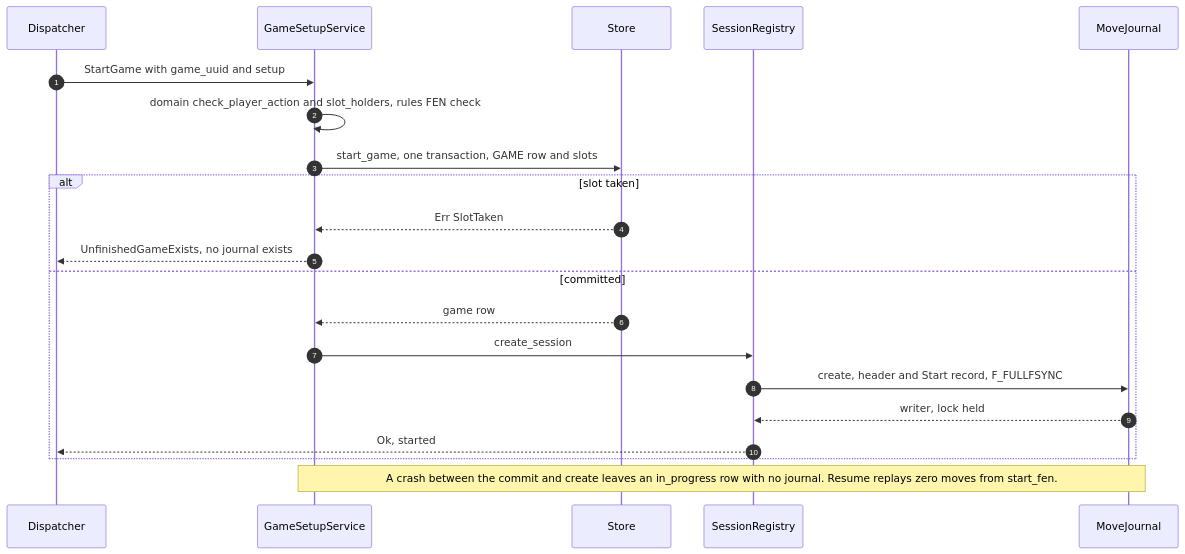
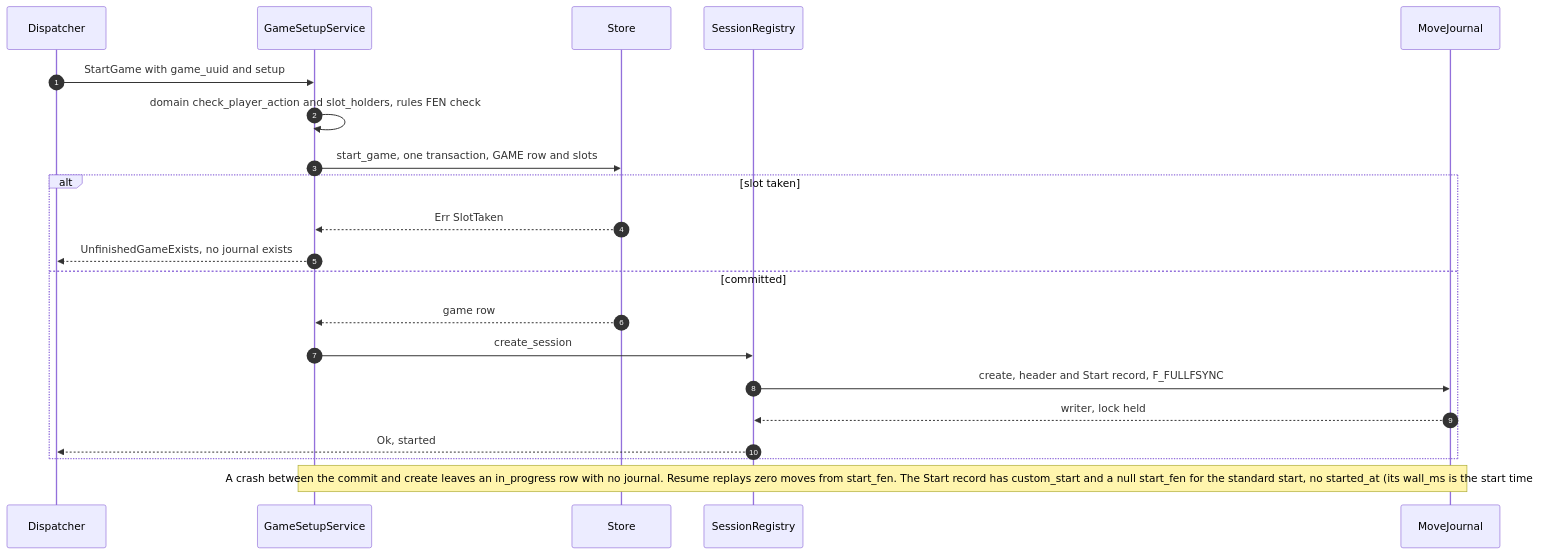
Before and after one commit to bprascher/chess: diagram 11 of 15 in docs/design/SDD-chess-app.md, drawn with Mermaid. The commit also changed other lines of this file and 9 other files, not shown here.

First line of the commit message:
Apply architecture Amendment 8 and addenda B and C, and align the SDDs

````diff
--- a/docs/design/SDD-chess-app.md
+++ b/docs/design/SDD-chess-app.md
@@ -703,23 +703,23 @@
 ```mermaid
 sequenceDiagram
     autonumber
     participant D as Dispatcher
     participant GS as GameSetupService
     participant ST as Store
     participant RG as SessionRegistry
     participant J as MoveJournal
     D->>GS: StartGame with game_uuid and setup
     GS->>GS: domain check_player_action and slot_holders, rules FEN check
     GS->>ST: start_game, one transaction, GAME row and slots
     alt slot taken
         ST-->>GS: Err SlotTaken
         GS-->>D: UnfinishedGameExists, no journal exists
     else committed
         ST-->>GS: game row
         GS->>RG: create_session
         RG->>J: create, header and Start record, F_FULLFSYNC
         J-->>RG: writer, lock held
         RG-->>D: Ok, started
     end
-    Note over GS,J: A crash between the commit and create leaves an in_progress row with no journal. Resume replays zero moves from start_fen.
+    Note over GS,J: A crash between the commit and create leaves an in_progress row with no journal. Resume replays zero moves from start_fen. The Start record has custom_start and a null start_fen for the standard start, no started_at (its wall_ms is the start time).
 ```
````
